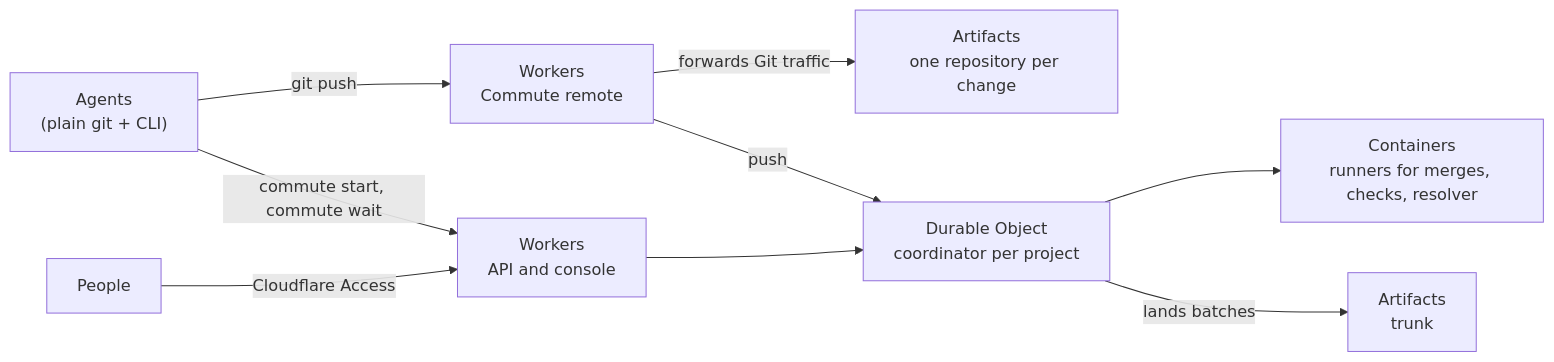
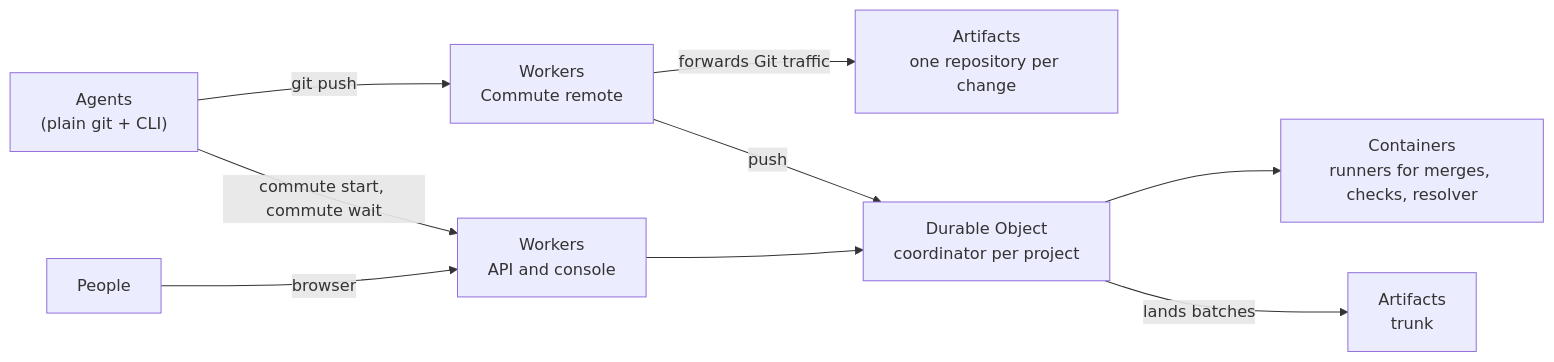
The second of 2 diagrams in README.md (lucrise-llc/commute), drawn with Mermaid before and after one commit. The commit also changed other lines of this file and 35 other files, not shown here.

````diff
--- a/README.md
+++ b/README.md
@@ -164,11 +164,11 @@
 ```mermaid
 flowchart LR
     agents["Agents<br/>(plain git + CLI)"] -->|git push| remote["Workers<br/>Commute remote"]
     remote -->|forwards Git traffic| repos["Artifacts<br/>one repository per change"]
     remote -->|push| coord
     agents -->|commute start, commute wait| api["Workers<br/>API and console"]
     api --> coord["Durable Object<br/>coordinator per project"]
     coord --> runners["Containers<br/>runners for merges, checks, resolver"]
     coord -->|lands batches| trunk["Artifacts<br/>trunk"]
-    people["People"] -->|Cloudflare Access| api
+    people["People"] -->|browser| api
 ```
````
